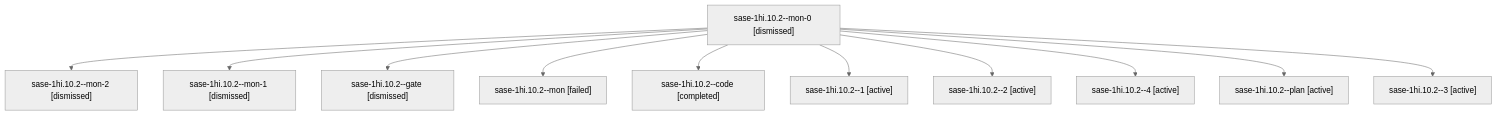
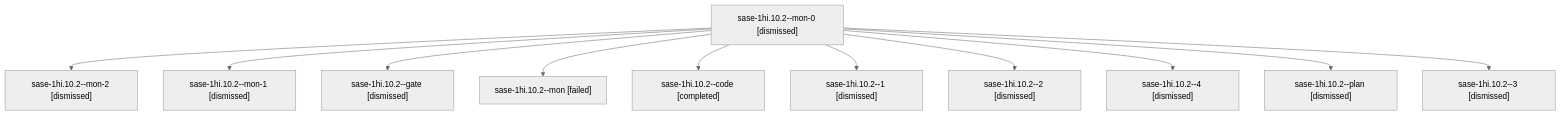
Before and after one commit to sase-org/sase--agents: the diagram in sessions/bbugyi200.apollo.sase-1hi.10.2.md, drawn with Mermaid (neutral theme). The commit also changed other lines of this file and 231 other files, not shown here.

````diff
--- a/sessions/bbugyi200.apollo.sase-1hi.10.2.md
+++ b/sessions/bbugyi200.apollo.sase-1hi.10.2.md
@@ -9,24 +9,24 @@
 ```mermaid
 flowchart TD
   n0["sase-1hi.10.2--mon-0 [dismissed]"]
   n1["sase-1hi.10.2--mon-2 [dismissed]"]
   n0 --> n1
   n2["sase-1hi.10.2--mon-1 [dismissed]"]
   n0 --> n2
   n3["sase-1hi.10.2--gate [dismissed]"]
   n0 --> n3
   n4["sase-1hi.10.2--mon [failed]"]
   n0 --> n4
   n5["sase-1hi.10.2--code [completed]"]
   n0 --> n5
-  n6["sase-1hi.10.2--1 [active]"]
+  n6["sase-1hi.10.2--1 [dismissed]"]
   n0 --> n6
-  n7["sase-1hi.10.2--2 [active]"]
+  n7["sase-1hi.10.2--2 [dismissed]"]
   n0 --> n7
-  n8["sase-1hi.10.2--4 [active]"]
+  n8["sase-1hi.10.2--4 [dismissed]"]
   n0 --> n8
-  n9["sase-1hi.10.2--plan [active]"]
+  n9["sase-1hi.10.2--plan [dismissed]"]
   n0 --> n9
-  n10["sase-1hi.10.2--3 [active]"]
+  n10["sase-1hi.10.2--3 [dismissed]"]
   n0 --> n10
 ```
````
